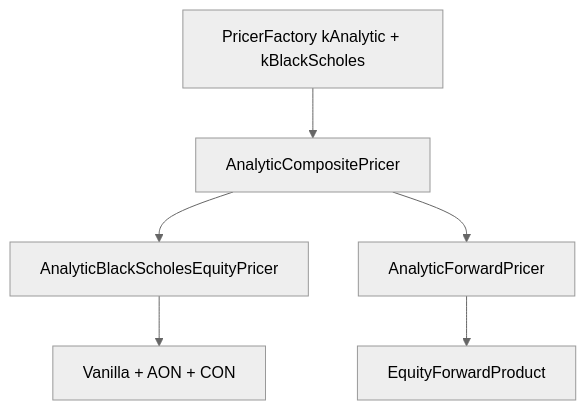
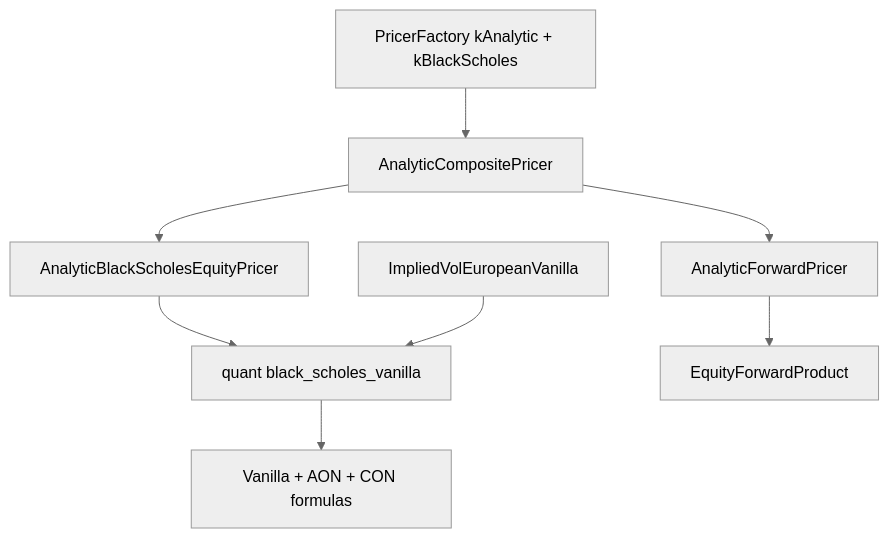
The tenth of 12 diagrams in docs/architecture.md (krzysiekbienias/numeraire), drawn with Mermaid (neutral theme) before and after one commit. The commit also changed other lines of this file and 1 other file, not shown here.

First line of the commit message:
refactor(docs): update architecture and mathematical background for Black-Scholes integration

````diff
--- a/docs/architecture.md
+++ b/docs/architecture.md
@@ -480,9 +480,11 @@
 ```mermaid
 flowchart TB
     PF[PricerFactory kAnalytic + kBlackScholes]
     PF --> COMP[AnalyticCompositePricer]
     COMP --> BS[AnalyticBlackScholesEquityPricer]
     COMP --> FWD[AnalyticForwardPricer]
-    BS --> OPT[Vanilla + AON + CON]
+    BS --> Q[quant black_scholes_vanilla]
+    Q --> OPT[Vanilla + AON + CON formulas]
     FWD --> EQF[EquityForwardProduct]
+    IV[ImpliedVolEuropeanVanilla] --> Q
 ```
````
